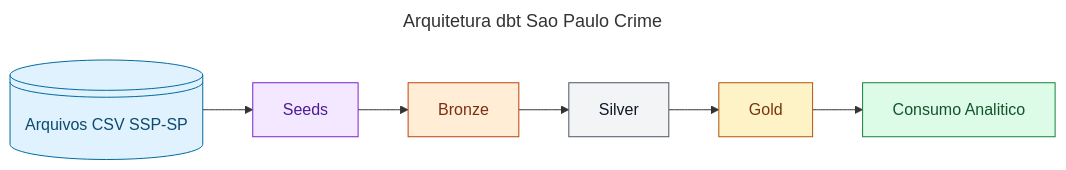
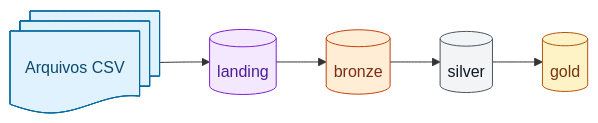
Before and after one commit to ribeirosilvarafaela/dbt_sao_paulo_crime_data: the diagram in README.md, drawn with Mermaid. The commit also changed other lines of this file, not shown here.

First line of the commit message:
Revise README for São Paulo Crime Data project

````diff
--- a/README.md
+++ b/README.md
@@ -14,25 +21,19 @@
 ```mermaid
----
-title: Arquitetura dbt Sao Paulo Crime
----
 flowchart LR
-    A@{ shape: lin-cyl, label: "Arquivos CSV SSP-SP" } --> B[Seeds]
-    B --> C[Bronze]
-    C --> D[Silver]
-    D --> E[Gold]
-    E --> F[Consumo Analitico]
+    A@{ shape: docs, label: "Arquivos CSV" } --> B@{ shape: db, label: "landing" }
+    B --> C@{ shape: db, label: "bronze" }
+    C --> D@{ shape: db, label: "silver" }
+    D --> E@{ shape: db, label: "gold" }
 
     classDef arquivos fill:#e0f2fe,stroke:#0369a1,color:#0c4a6e,stroke-width:1px;
     classDef seeds fill:#f3e8ff,stroke:#7e22ce,color:#4c1d95,stroke-width:1px;
     classDef bronze fill:#ffedd5,stroke:#c2410c,color:#7c2d12,stroke-width:1px;
     classDef silver fill:#f3f4f6,stroke:#4b5563,color:#111827,stroke-width:1px;
     classDef gold fill:#fef3c7,stroke:#b45309,color:#78350f,stroke-width:1px;
-    classDef consumo fill:#dcfce7,stroke:#15803d,color:#14532d,stroke-width:1px;
 
     class A arquivos;
     class B seeds;
     class C bronze;
     class D silver;
     class E gold;
-    class F consumo;
 ```
````
